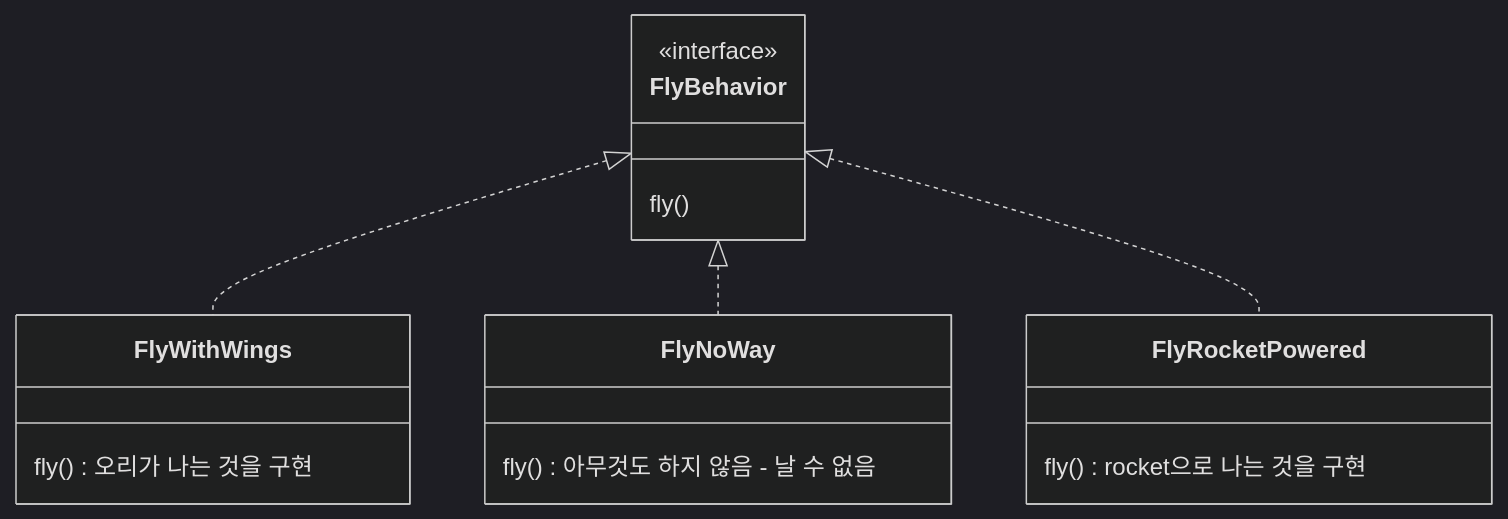
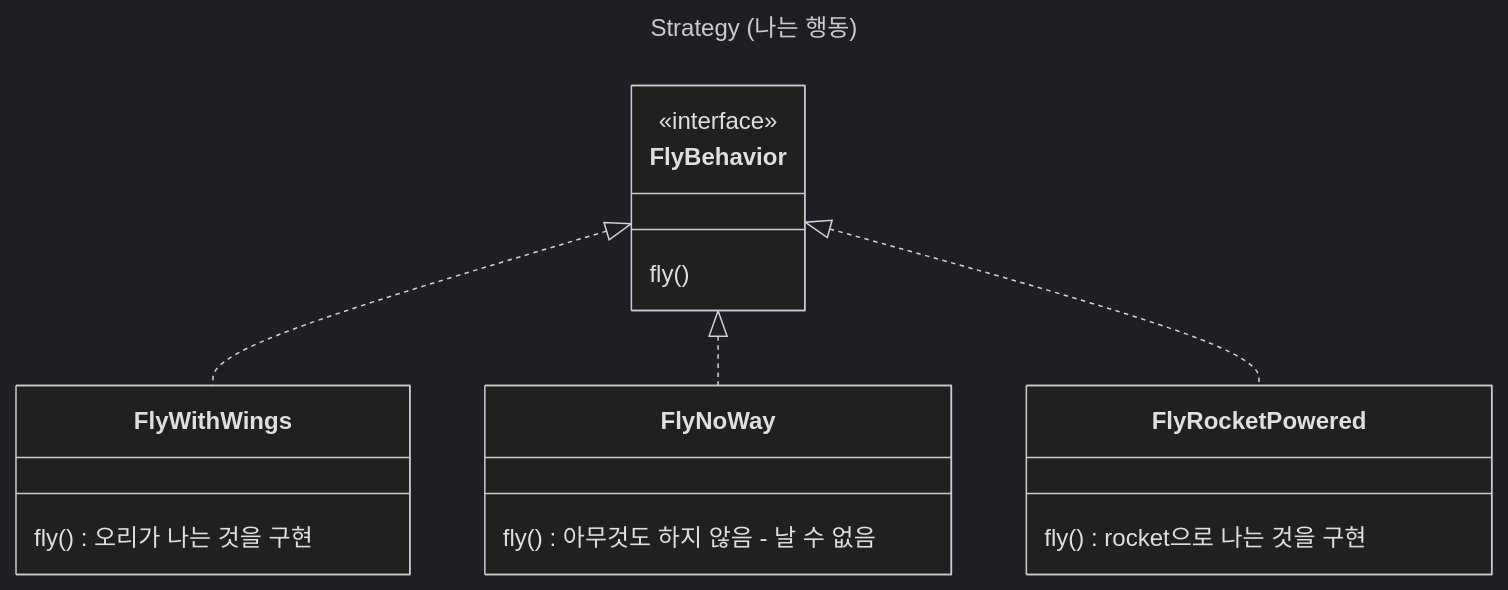
The fourth of 5 diagrams in _notes/design-pattern/strategy-pattern.md (choesimin/choesimin.github.io), drawn with Mermaid (dark theme) before and after one commit. The commit also changed other lines of this file and 5 other files, not shown here.

````diff
--- a/_notes/design-pattern/strategy-pattern.md
+++ b/_notes/design-pattern/strategy-pattern.md
@@ -160,24 +193,28 @@
 ```mermaid
+---
+title: Strategy (나는 행동)
+---
+
 classDiagram
 
 class FlyBehavior {
     <<interface>>
     fly()
 }
 
 class FlyWithWings {
     fly() 오리가 나는 것을 구현
 }
 
 class FlyNoWay {
     fly() 아무것도 하지 않음 - 날 수 없음
 }
 
 class FlyRocketPowered {
     fly() rocket으로 나는 것을 구현
 }
 
 FlyBehavior <|.. FlyWithWings
 FlyBehavior <|.. FlyNoWay
 FlyBehavior <|.. FlyRocketPowered
 ```
````
